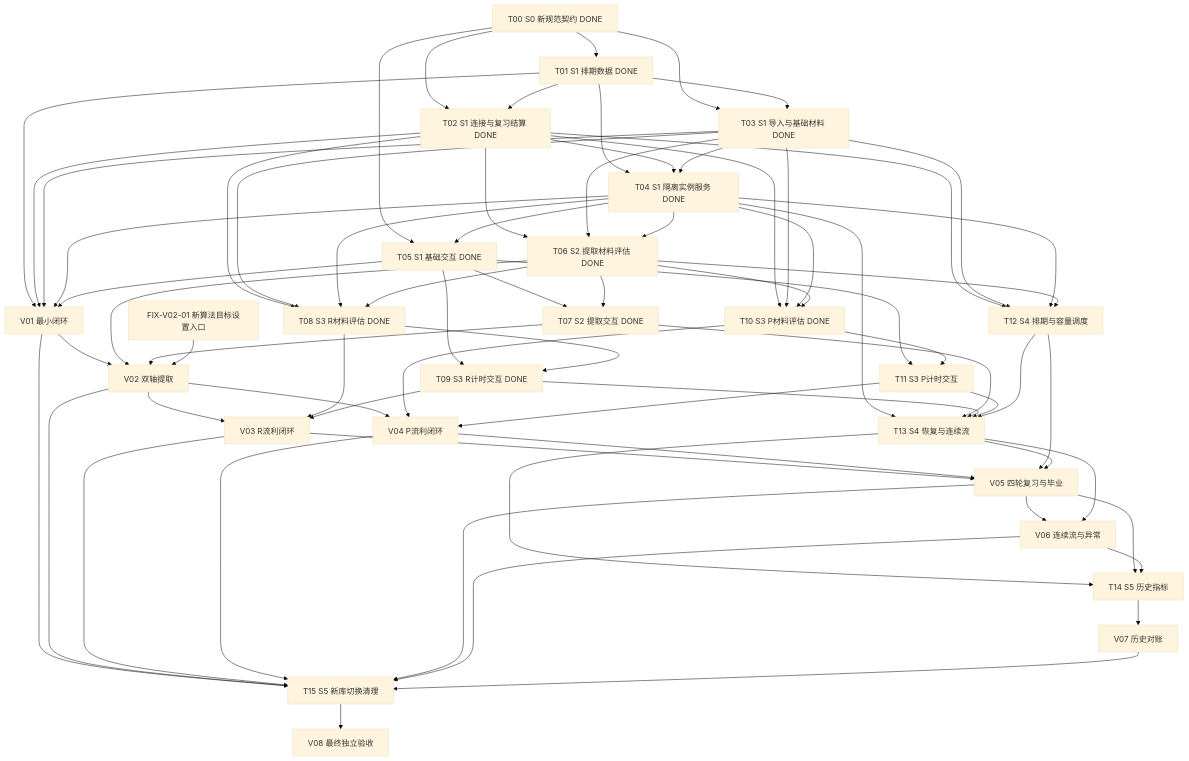
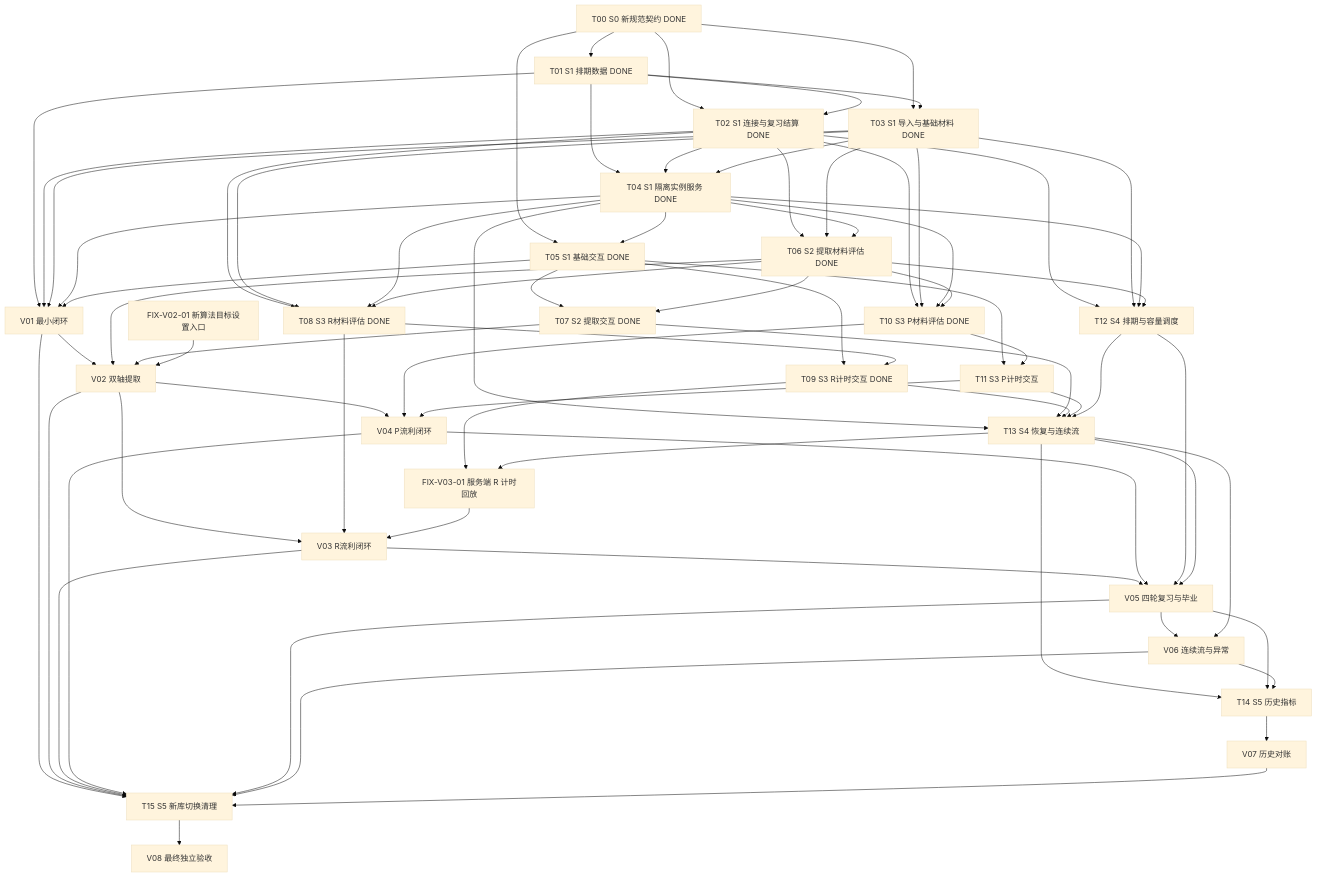
Before and after one commit to logact/flow: the diagram in docs/task-implementation-new-algorithm.md, drawn with Mermaid (base theme). The commit also changed other lines of this file and 1 other file, not shown here.

```diff
--- a/docs/task-implementation-new-algorithm.md
+++ b/docs/task-implementation-new-algorithm.md
@@ -365,6 +374,7 @@
   T09["T09 S3 R计时交互 DONE"]
   T10["T10 S3 P材料评估 DONE"]
   T11["T11 S3 P计时交互"]
+  FIXV0301["FIX-V03-01 服务端 R 计时回放"]
   V03["V03 R流利闭环"]
   V04["V04 P流利闭环"]
   T12["T12 S4 排期与容量调度"]
@@ -413,7 +423,9 @@
   T10 --> T11
   V02 --> V03
   T08 --> V03
-  T09 --> V03
+  T09 --> FIXV0301
+  T13 --> FIXV0301
+  FIXV0301 --> V03
   V02 --> V04
   T10 --> V04
   T11 --> V04
```
